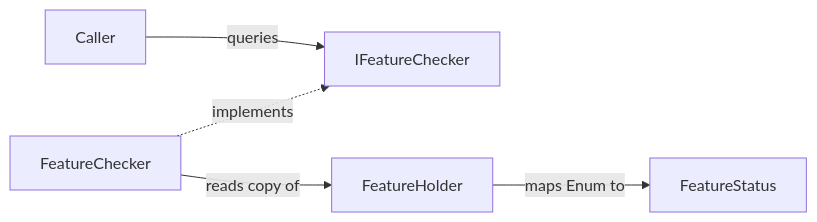
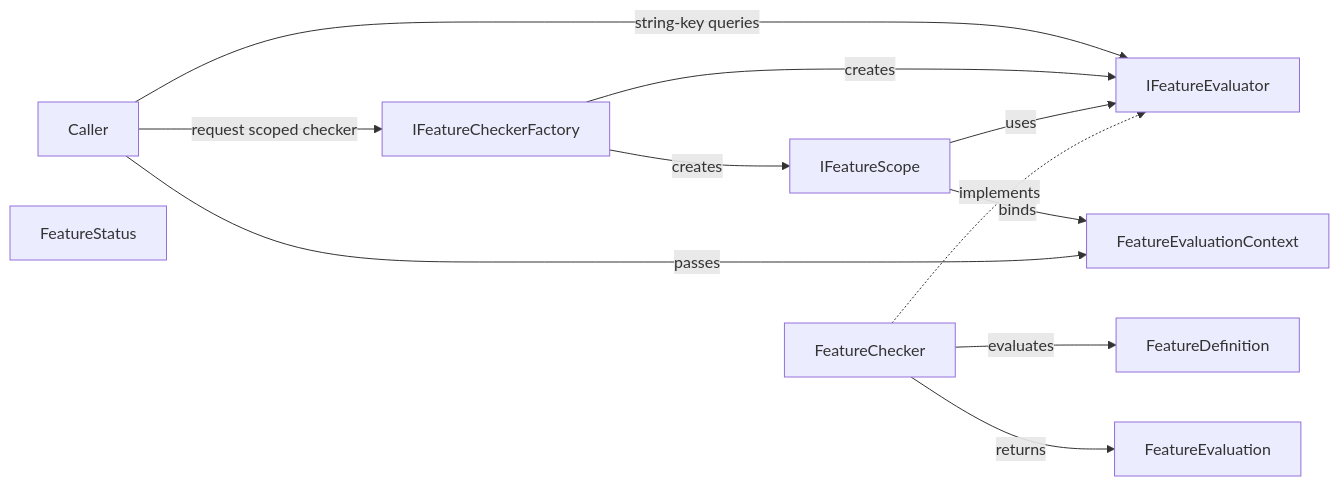
One commit to managedcode/FeatureChecker changed the second of 3 diagrams in docs/Architecture.md. Above: the diagram before and after it, drawn with Mermaid. The commit also changed other lines of this file and 257 other files, not shown here.

First line of the commit message:
Fix FeatureChecker agent commands

````diff
--- a/docs/Architecture.md
+++ b/docs/Architecture.md
@@ -37,13 +49,23 @@
 ```mermaid
 flowchart LR
   Caller["Caller"]
-  Contract["IFeatureChecker"]
+  Evaluator["IFeatureEvaluator"]
+  Factory["IFeatureCheckerFactory"]
+  Scope["IFeatureScope"]
   Checker["FeatureChecker"]
-  Holder["FeatureHolder"]
+  Definition["FeatureDefinition"]
+  Context["FeatureEvaluationContext"]
+  Evaluation["FeatureEvaluation"]
   Status["FeatureStatus"]
 
-  Caller -->|"queries"| Contract
-  Checker -.->|"implements"| Contract
-  Checker -->|"reads copy of"| Holder
-  Holder -->|"maps Enum to"| Status
+  Caller -->|"string-key queries"| Evaluator
+  Caller -->|"request scoped checker"| Factory
+  Factory -->|"creates"| Evaluator
+  Factory -->|"creates"| Scope
+  Scope -->|"binds"| Context
+  Scope -->|"uses"| Evaluator
+  Checker -.->|"implements"| Evaluator
+  Checker -->|"evaluates"| Definition
+  Caller -->|"passes"| Context
+  Checker -->|"returns"| Evaluation
 ```
````
